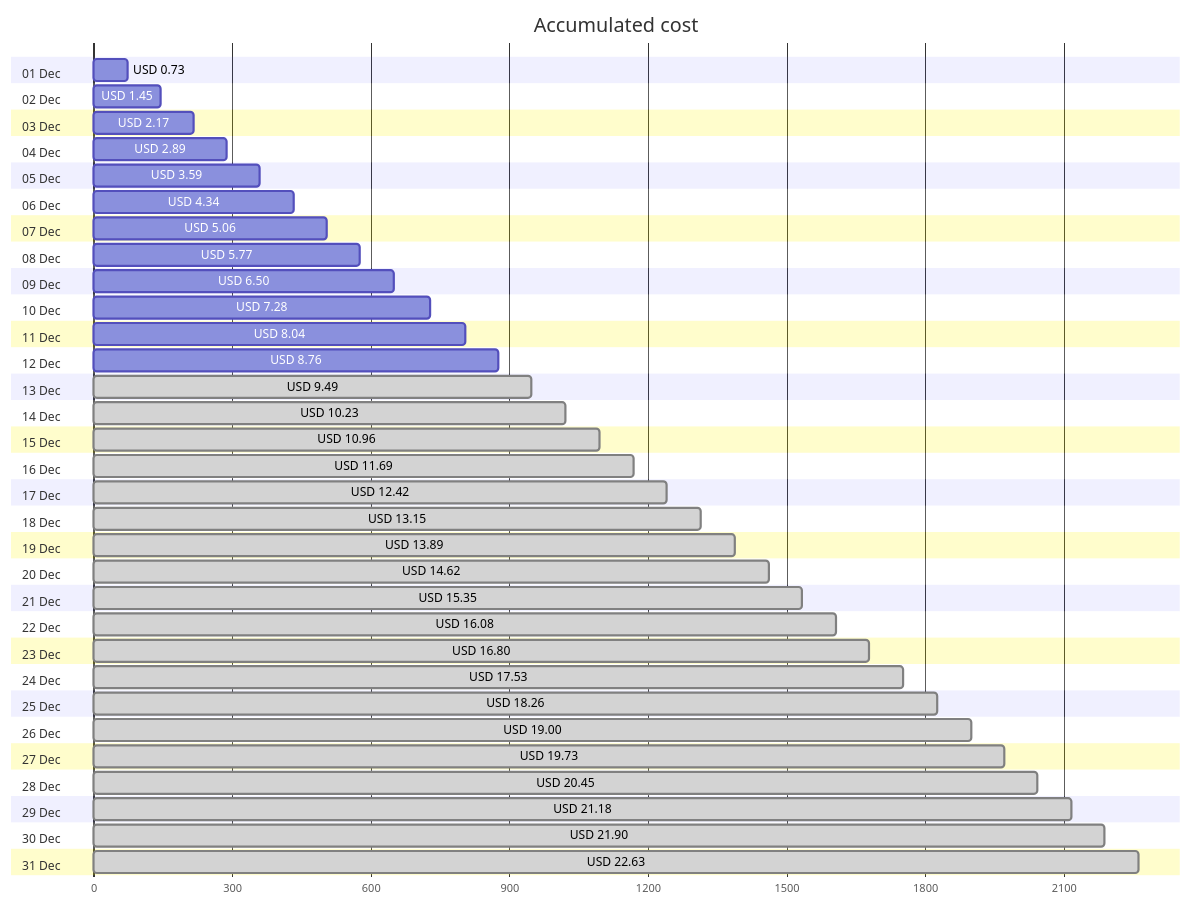
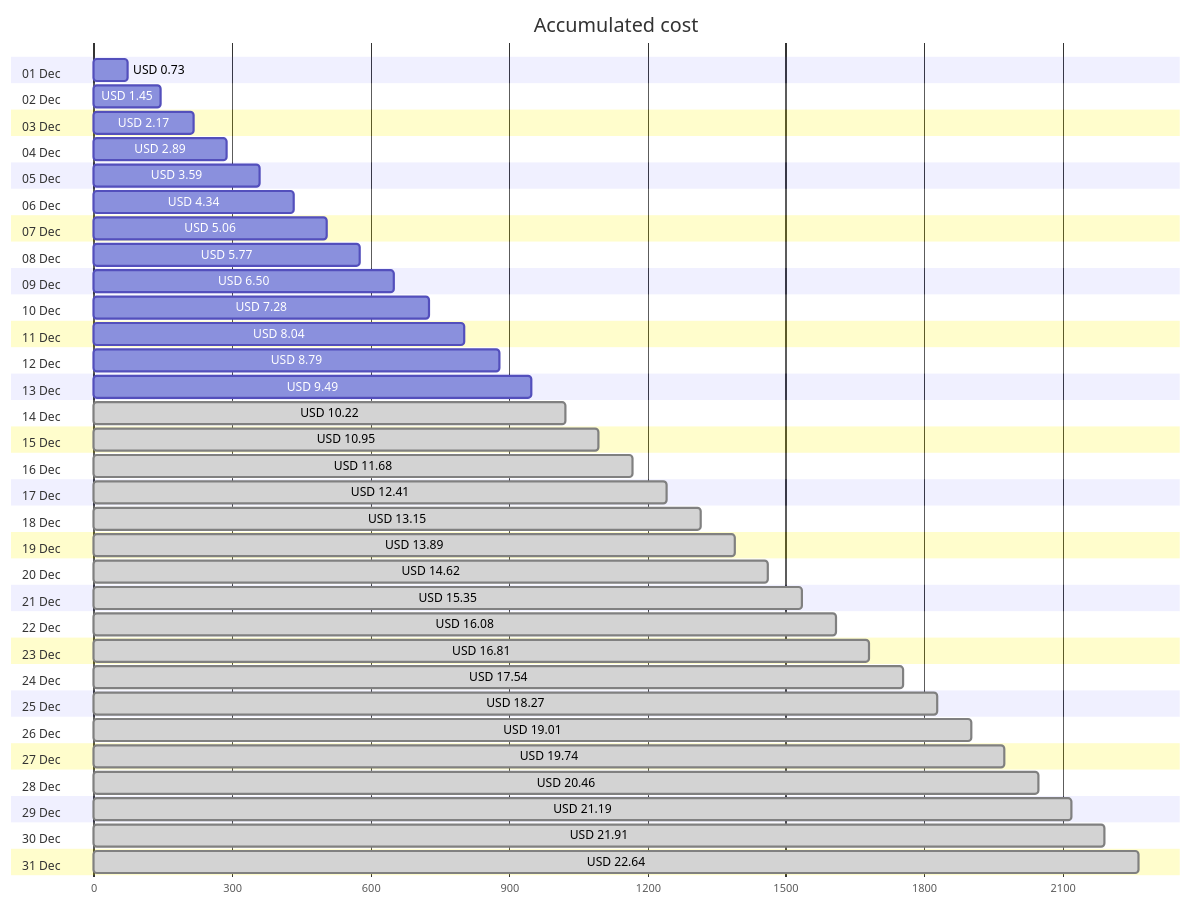
Before and after one commit to jpfulton/azure-personal-reports: the first of 4 diagrams in cost-reports/personal-network/backup-server-data-disk.md, drawn with Mermaid. The commit also changed other lines of this file and 8 other files, not shown here.

````diff
--- a/cost-reports/personal-network/backup-server-data-disk.md
+++ b/cost-reports/personal-network/backup-server-data-disk.md
@@ -20,68 +20,68 @@
 ```mermaid
 gantt
    title Accumulated cost
    dateFormat  X
    axisFormat %s
    section 01 Dec
    USD 0.73 :0, 73
    section 02 Dec
    USD 1.45 :0, 145
    section 03 Dec
    USD 2.17 :0, 217
    section 04 Dec
    USD 2.89 :0, 289
    section 05 Dec
    USD 3.59 :0, 359
    section 06 Dec
    USD 4.34 :0, 434
    section 07 Dec
    USD 5.06 :0, 506
    section 08 Dec
    USD 5.77 :0, 577
    section 09 Dec
    USD 6.50 :0, 650
    section 10 Dec
    USD 7.28 :0, 728
    section 11 Dec
    USD 8.04 :0, 804
    section 12 Dec
-   USD 8.76 :0, 876
+   USD 8.79 :0, 879
    section 13 Dec
-   USD 9.49 : done, 0, 949
+   USD 9.49 :0, 949
    section 14 Dec
-   USD 10.23 : done, 0, 1023
+   USD 10.22 : done, 0, 1022
    section 15 Dec
-   USD 10.96 : done, 0, 1096
+   USD 10.95 : done, 0, 1095
    section 16 Dec
-   USD 11.69 : done, 0, 1169
+   USD 11.68 : done, 0, 1168
    section 17 Dec
-   USD 12.42 : done, 0, 1242
+   USD 12.41 : done, 0, 1241
    section 18 Dec
    USD 13.15 : done, 0, 1315
    section 19 Dec
    USD 13.89 : done, 0, 1389
    section 20 Dec
    USD 14.62 : done, 0, 1462
    section 21 Dec
    USD 15.35 : done, 0, 1535
    section 22 Dec
    USD 16.08 : done, 0, 1608
    section 23 Dec
-   USD 16.80 : done, 0, 1680
+   USD 16.81 : done, 0, 1681
    section 24 Dec
-   USD 17.53 : done, 0, 1753
+   USD 17.54 : done, 0, 1754
    section 25 Dec
-   USD 18.26 : done, 0, 1826
+   USD 18.27 : done, 0, 1827
    section 26 Dec
-   USD 19.00 : done, 0, 1900
+   USD 19.01 : done, 0, 1901
    section 27 Dec
-   USD 19.73 : done, 0, 1973
+   USD 19.74 : done, 0, 1974
    section 28 Dec
-   USD 20.45 : done, 0, 2045
+   USD 20.46 : done, 0, 2046
    section 29 Dec
-   USD 21.18 : done, 0, 2118
+   USD 21.19 : done, 0, 2119
    section 30 Dec
-   USD 21.90 : done, 0, 2190
+   USD 21.91 : done, 0, 2191
    section 31 Dec
-   USD 22.63 : done, 0, 2263
+   USD 22.64 : done, 0, 2264
 ```
````
